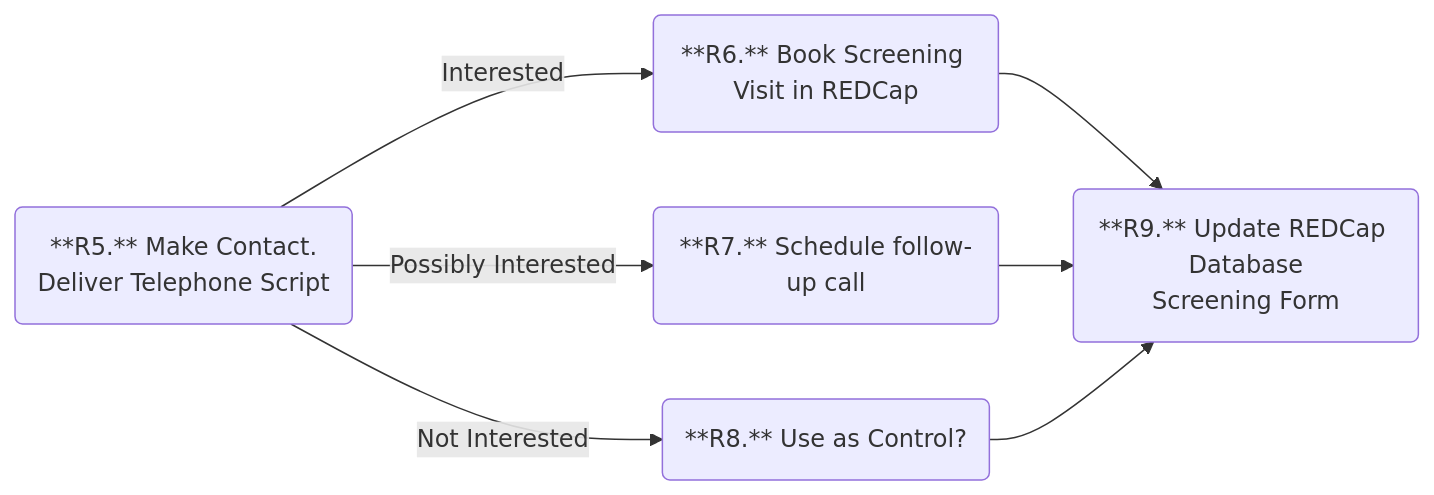
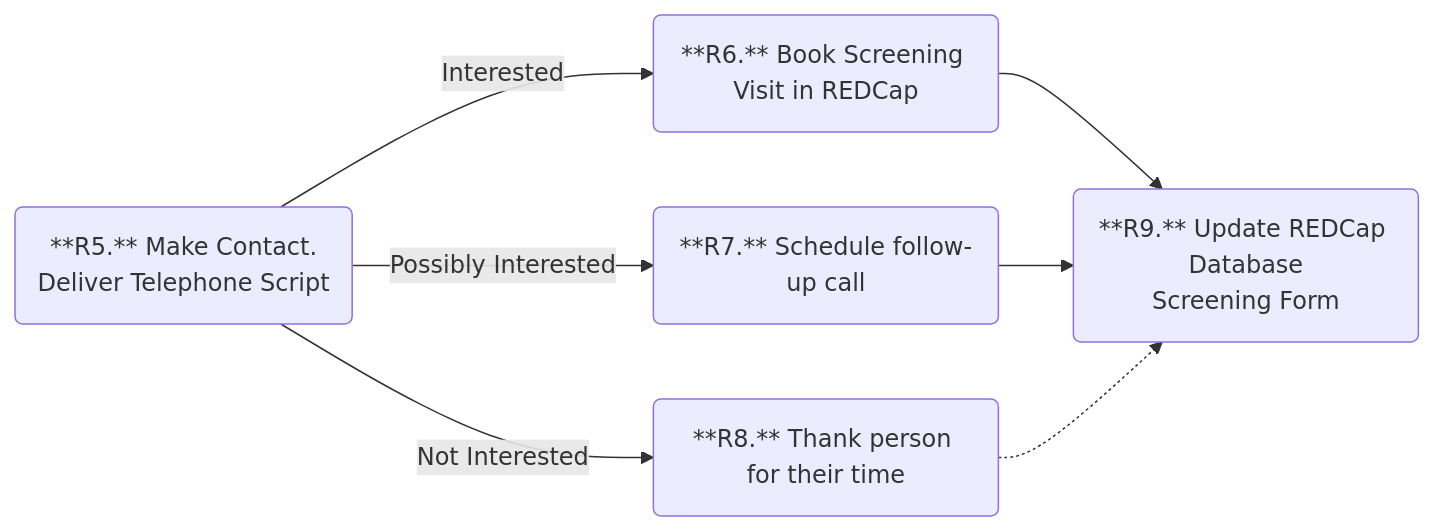
The second of 10 diagrams in site/our-work/tmr/participant-flow.qmd (sh-publichealth/info-hub), drawn with Mermaid before and after one commit. The commit also changed other lines of this file and 4 other files, not shown here.

Commit message:
TMR patient flows (weeks 0-12)

````diff
--- a/site/our-work/tmr/participant-flow.qmd
+++ b/site/our-work/tmr/participant-flow.qmd
@@ -39,18 +39,18 @@
 ```{mermaid}
 %%| label: fig-mermaid-flowchart2
 %%| fig-cap: TMR Recruitment Process. Part 2 - Participant Choices
 %%| fig-alt: recruitment process, drawn using Mermaid.
 flowchart LR
 
 R5(**R5.** Make Contact.<br/>Deliver Telephone Script)
 R6(**R6.** Book Screening Visit in REDCap)
 R7(**R7.** Schedule follow-up call)
-R8(**R8.** Use as Control?)
+R8(**R8.** Thank person for their time)
 R9(**R9.** Update REDCap Database<br/>Screening Form)
 R5 -- "Interested" --> R6
 R5 -- "Possibly Interested" --> R7
 R5 -- "Not Interested"--> R8
 R6 --> R9
 R7 --> R9
-R8 --> R9
+R8 -.-> R9
 ```
````
